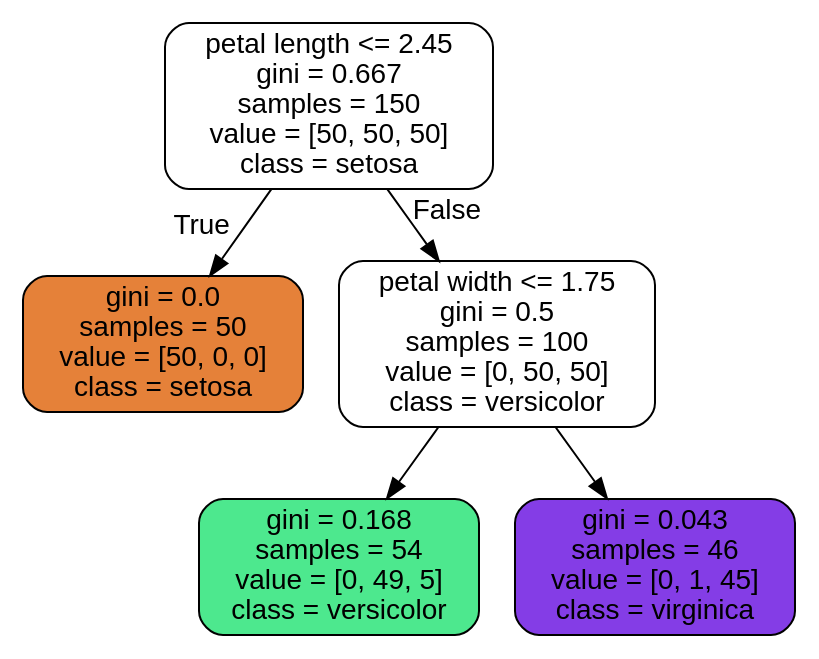
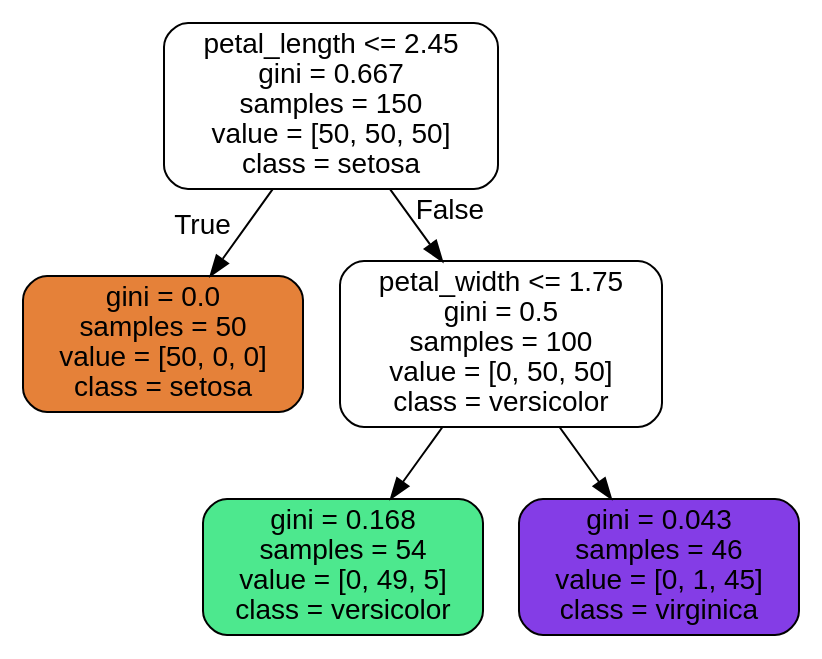
The diagram in ch6/iris_tree.dot (mango0422/everyone-python-data-ITPLE), drawn with Graphviz before and after one commit. The commit also changed 2 other files, not shown here.

```diff
--- a/ch6/iris_tree.dot
+++ b/ch6/iris_tree.dot
@@ -1,13 +1,13 @@
 digraph Tree {
 node [shape=box, style="filled, rounded", color="black", fontname=helvetica] ;
 edge [fontname=helvetica] ;
-0 [label="petal length <= 2.45\ngini = 0.667\nsamples = 150\nvalue = [50, 50, 50]\nclass = setosa", fillcolor="#ffffff"] ;
+0 [label="petal_length <= 2.45\ngini = 0.667\nsamples = 150\nvalue = [50, 50, 50]\nclass = setosa", fillcolor="#ffffff"] ;
 1 [label="gini = 0.0\nsamples = 50\nvalue = [50, 0, 0]\nclass = setosa", fillcolor="#e58139"] ;
 0 -> 1 [labeldistance=2.5, labelangle=45, headlabel="True"] ;
-2 [label="petal width <= 1.75\ngini = 0.5\nsamples = 100\nvalue = [0, 50, 50]\nclass = versicolor", fillcolor="#ffffff"] ;
+2 [label="petal_width <= 1.75\ngini = 0.5\nsamples = 100\nvalue = [0, 50, 50]\nclass = versicolor", fillcolor="#ffffff"] ;
 0 -> 2 [labeldistance=2.5, labelangle=-45, headlabel="False"] ;
 3 [label="gini = 0.168\nsamples = 54\nvalue = [0, 49, 5]\nclass = versicolor", fillcolor="#4de88e"] ;
 2 -> 3 ;
 4 [label="gini = 0.043\nsamples = 46\nvalue = [0, 1, 45]\nclass = virginica", fillcolor="#843de6"] ;
 2 -> 4 ;
 }
```
